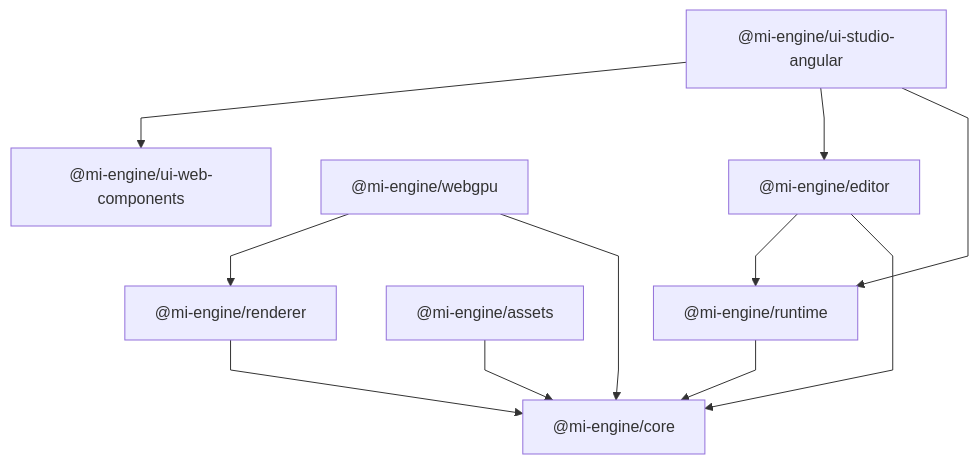
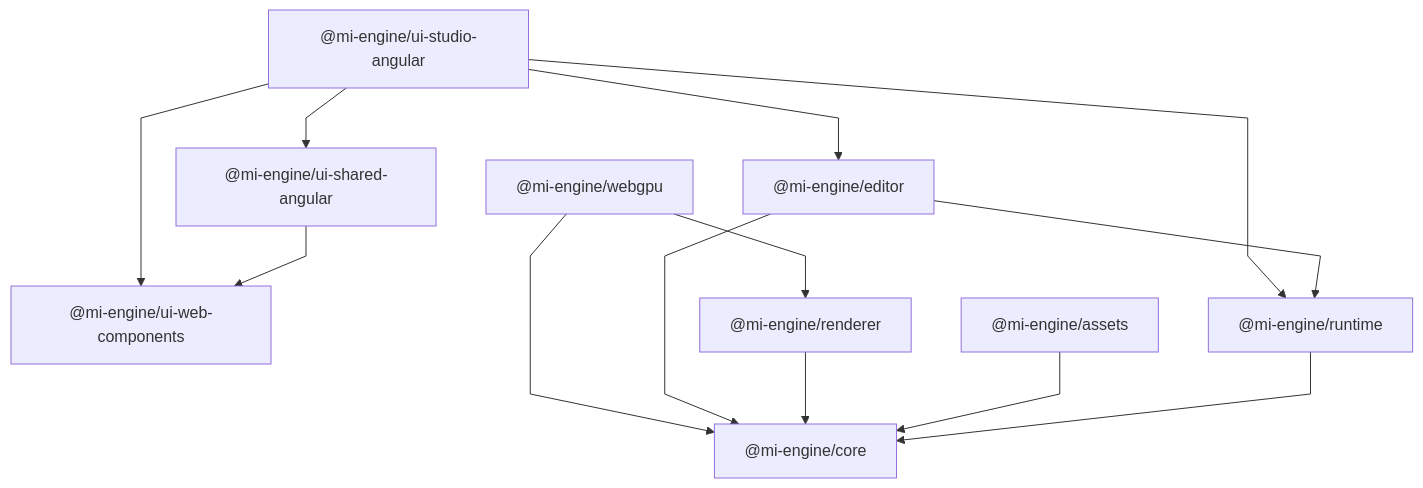
The diagram in docs/architecture/package-dependencies.md (anzohub/mi-engine), drawn with Mermaid before and after one commit. The commit also changed other lines of this file and 11 other files, not shown here.

Commit message:
docs(architecture): clarify UI boundaries and example workflow

````diff
--- a/docs/architecture/package-dependencies.md
+++ b/docs/architecture/package-dependencies.md
@@ -14,34 +14,38 @@
 ```mermaid
 %%{init: {
   "flowchart": {
     "curve": "linear",
     "nodeSpacing": 50,
     "rankSpacing": 60
   }
 }}%%
 
 flowchart TB
     StudioUI["@mi-engine/ui-studio-angular"]
+    SharedUI["@mi-engine/ui-shared-angular"]
     WebComponents["@mi-engine/ui-web-components"]
     WebGPU["@mi-engine/webgpu"]
     Renderer["@mi-engine/renderer"]
     Editor["@mi-engine/editor"]
     Assets["@mi-engine/assets"]
     Runtime["@mi-engine/runtime"]
     Core["@mi-engine/core"]
 
     StudioUI --> WebComponents
+    StudioUI --> SharedUI
     StudioUI --> Editor
     StudioUI --> Runtime
+
+    SharedUI --> WebComponents
 
     WebGPU --> Renderer
     WebGPU --> Core
 
     Editor --> Runtime
     Editor --> Core
     Renderer --> Core
 
     Assets --> Core
 
     Runtime --> Core
 ```
````
